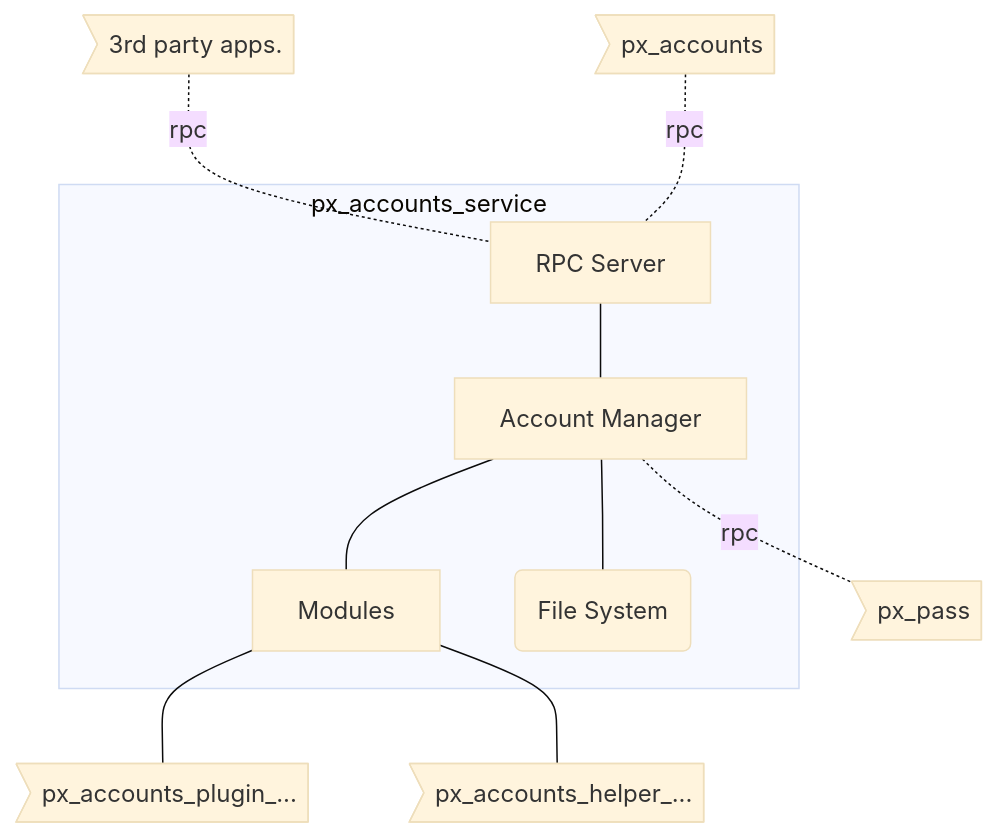
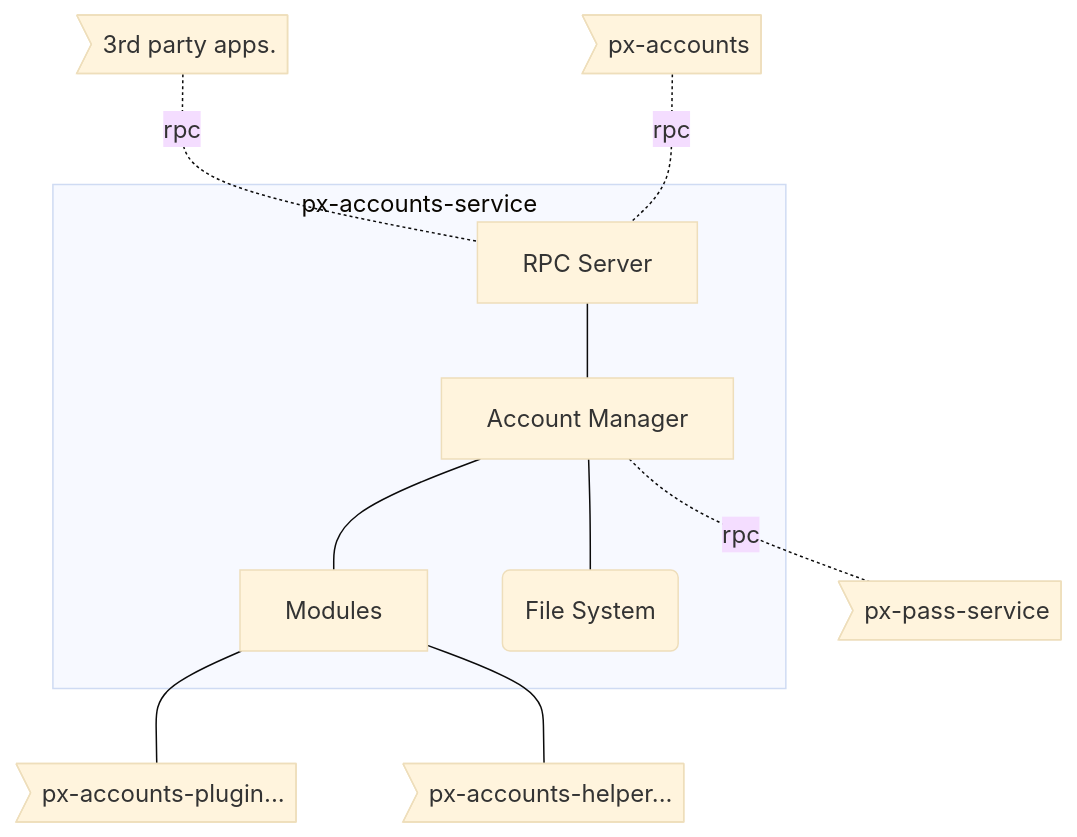
Before and after one commit to PantherXOS/px-accounts-service: the second of 2 diagrams in README.md, drawn with Mermaid (base theme). The commit also changed other lines of this file, not shown here.

````diff
--- a/README.md
+++ b/README.md
@@ -149,24 +136,24 @@
 ```mermaid
 graph TD;
 APP>3rd party apps.]
-CMD>px_accounts]
-PAS>px_pass]
-PLG>px_accounts_plugin_...]
-HLP>px_accounts_helper_...]
+CMD>px-accounts]
+PAS>px-pass-service]
+PLG>px-accounts-plugin...]
+HLP>px-accounts-helper...]
 RPC[RPC Server]
 ACT[Account Manager]
 MOD[Modules]
 FS(File System)
   
-subgraph px_accounts_service
+subgraph px-accounts-service
 ACT --- FS
 RPC --- ACT
 ACT --- MOD
 end
 
 APP -.- |rpc| RPC
 CMD -.- |rpc| RPC
 MOD --- PLG
 MOD --- HLP
 ACT -.- |rpc| PAS
 ```
````
